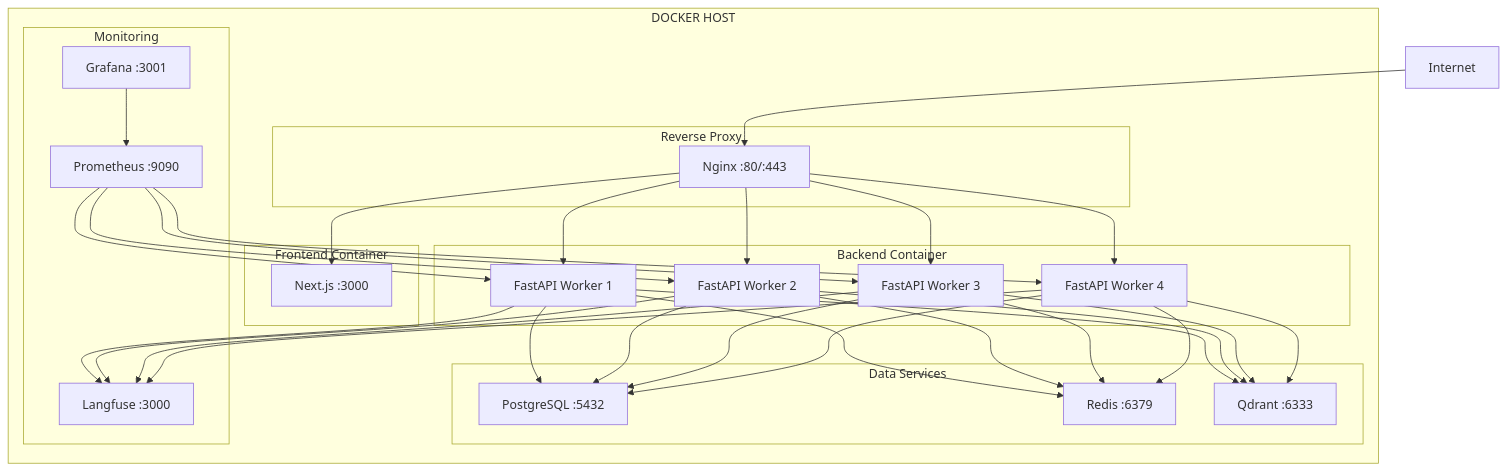
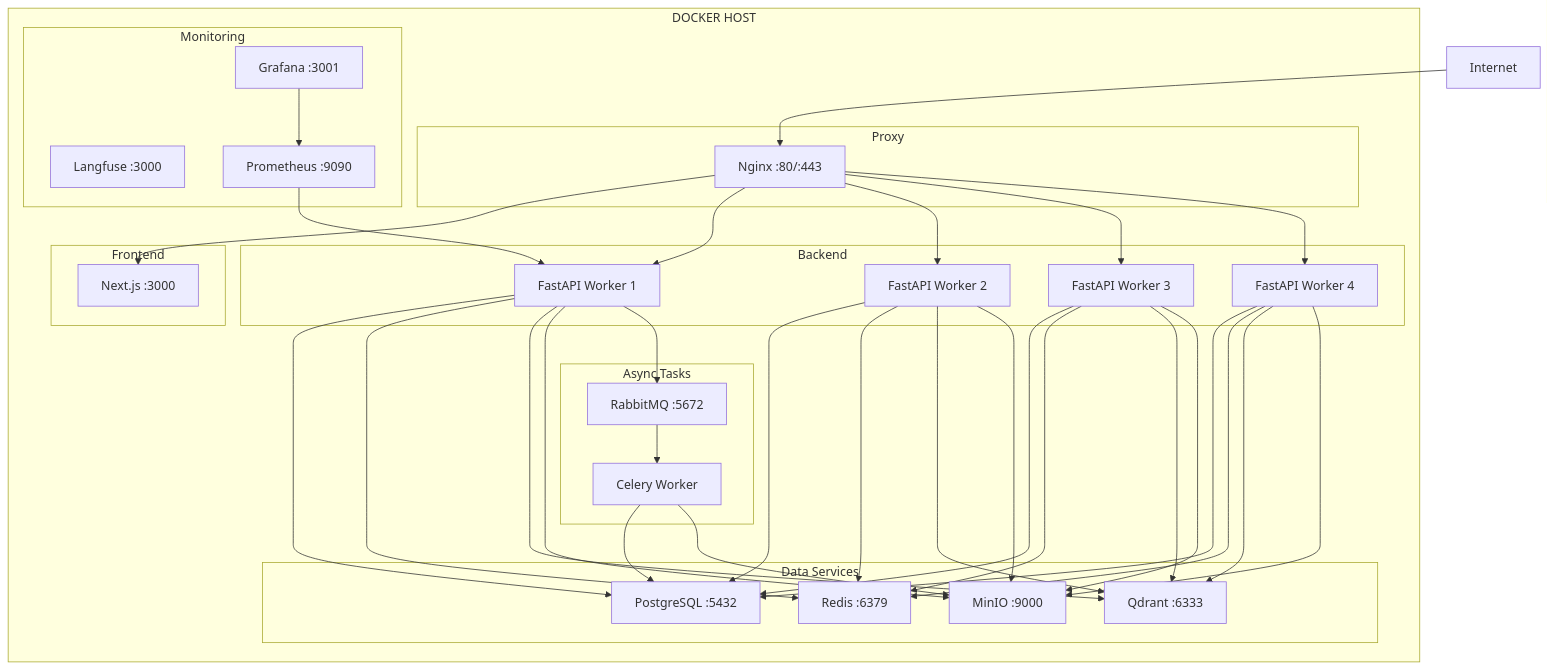
The eighth of 9 diagrams in docs/diagrams/architecture-diagrams.md (rajibmahata/Math-tutor-AI-Agent), drawn with Mermaid before and after one commit. The commit also changed other lines of this file, not shown here.

First line of the commit message:
docs: v2.0 architecture diagrams — 9 Mermaid diagrams for multi-role platform

````diff
--- a/docs/diagrams/architecture-diagrams.md
+++ b/docs/diagrams/architecture-diagrams.md
@@ -376,41 +354,42 @@
 ```mermaid
 graph TB
     subgraph Docker["DOCKER HOST"]
-        subgraph Frontend["Frontend Container"]
+        subgraph Frontend["Frontend"]
             Next["Next.js :3000"]
         end
-
-        subgraph Backend["Backend Container"]
+        subgraph Backend["Backend"]
             FastAPI1["FastAPI Worker 1"]
             FastAPI2["FastAPI Worker 2"]
             FastAPI3["FastAPI Worker 3"]
             FastAPI4["FastAPI Worker 4"]
         end
-
-        subgraph Proxy["Reverse Proxy"]
+        subgraph Proxy["Proxy"]
             NginxD["Nginx :80/:443"]
         end
-
         subgraph DataS["Data Services"]
             PGD["PostgreSQL :5432"]
             RedisD["Redis :6379"]
             QdrantD["Qdrant :6333"]
+            MinioD["MinIO :9000"]
         end
-
+        subgraph Queue["Async Tasks"]
+            Rabbit["RabbitMQ :5672"]
+            Worker["Celery Worker"]
+        end
         subgraph Monitor["Monitoring"]
             LangfuseD["Langfuse :3000"]
             PromD["Prometheus :9090"]
             GrafanaD["Grafana :3001"]
         end
     end
 
     Internet["Internet"] --> NginxD
     NginxD --> Next
     NginxD --> FastAPI1 & FastAPI2 & FastAPI3 & FastAPI4
-    FastAPI1 & FastAPI2 & FastAPI3 & FastAPI4 --> PGD
-    FastAPI1 & FastAPI2 & FastAPI3 & FastAPI4 --> RedisD
-    FastAPI1 & FastAPI2 & FastAPI3 & FastAPI4 --> QdrantD
-    FastAPI1 & FastAPI2 & FastAPI3 & FastAPI4 --> LangfuseD
-    PromD --> FastAPI1 & FastAPI2 & FastAPI3 & FastAPI4
+    FastAPI1 & FastAPI2 & FastAPI3 & FastAPI4 --> PGD & RedisD & QdrantD & MinioD
+    FastAPI1 --> Rabbit
+    Rabbit --> Worker
+    Worker --> PGD & MinioD
+    PromD --> FastAPI1
     GrafanaD --> PromD
 ```
````
